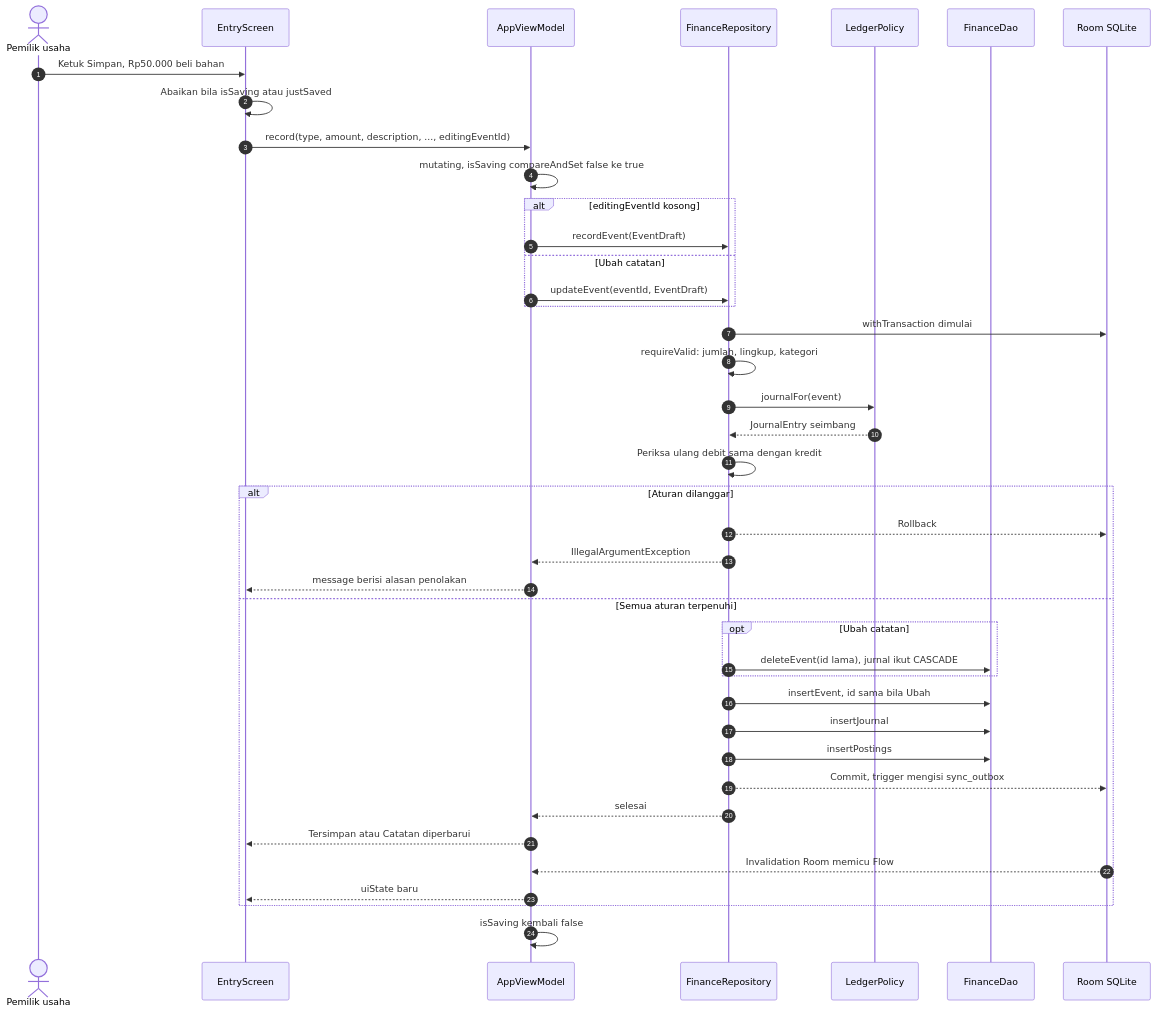
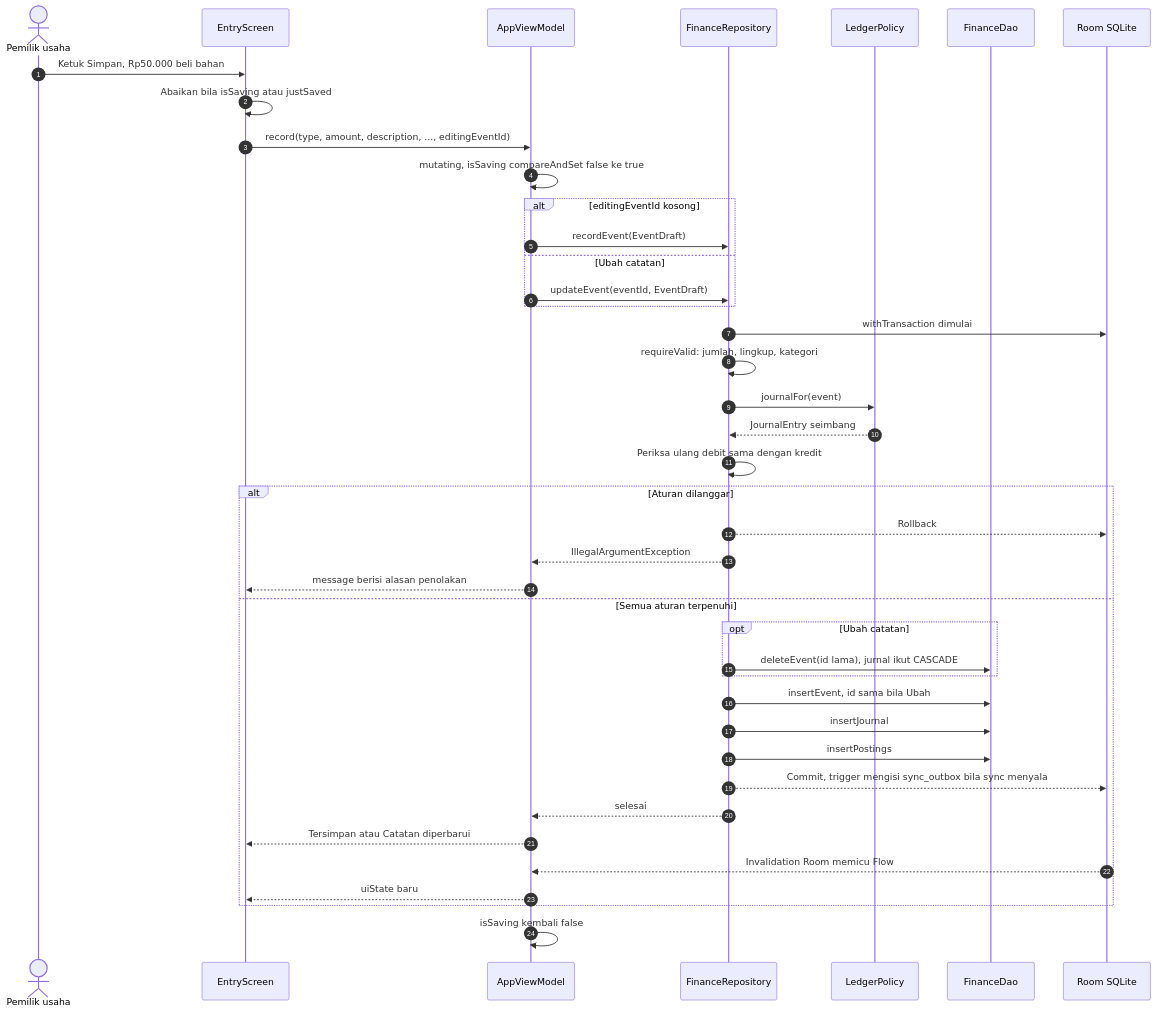
One commit to adsurkasur/Mankeu changed the first of 3 diagrams in docs/diagrams/08_sequence_diagram.md. Above: the diagram before and after it, drawn with Mermaid. The commit also changed other lines of this file and 94 other files, not shown here.

First line of the commit message:
feat(mankeu): sync between phones as a release feature (DEC-024, schema 12)

````diff
--- a/docs/diagrams/08_sequence_diagram.md
+++ b/docs/diagrams/08_sequence_diagram.md
@@ -7,45 +7,45 @@
 ```mermaid
 sequenceDiagram
     autonumber
     actor Owner as Pemilik usaha
     participant Entry as EntryScreen
     participant VM as AppViewModel
     participant Repo as FinanceRepository
     participant Policy as LedgerPolicy
     participant Dao as FinanceDao
     participant Db as Room SQLite
 
     Owner->>Entry: Ketuk Simpan, Rp50.000 beli bahan
     Entry->>Entry: Abaikan bila isSaving atau justSaved
     Entry->>VM: record(type, amount, description, ..., editingEventId)
     VM->>VM: mutating, isSaving compareAndSet false ke true
     alt editingEventId kosong
         VM->>Repo: recordEvent(EventDraft)
     else Ubah catatan
         VM->>Repo: updateEvent(eventId, EventDraft)
     end
     Repo->>Db: withTransaction dimulai
     Repo->>Repo: requireValid: jumlah, lingkup, kategori
     Repo->>Policy: journalFor(event)
     Policy-->>Repo: JournalEntry seimbang
     Repo->>Repo: Periksa ulang debit sama dengan kredit
 
     alt Aturan dilanggar
         Repo-->>Db: Rollback
         Repo-->>VM: IllegalArgumentException
         VM-->>Entry: message berisi alasan penolakan
     else Semua aturan terpenuhi
         opt Ubah catatan
             Repo->>Dao: deleteEvent(id lama), jurnal ikut CASCADE
         end
         Repo->>Dao: insertEvent, id sama bila Ubah
         Repo->>Dao: insertJournal
         Repo->>Dao: insertPostings
-        Repo-->>Db: Commit, trigger mengisi sync_outbox
+        Repo-->>Db: Commit, trigger mengisi sync_outbox bila sync menyala
         Repo-->>VM: selesai
         VM-->>Entry: Tersimpan atau Catatan diperbarui
         Db-->>VM: Invalidation Room memicu Flow
         VM-->>Entry: uiState baru
     end
     VM->>VM: isSaving kembali false
 ```
````
